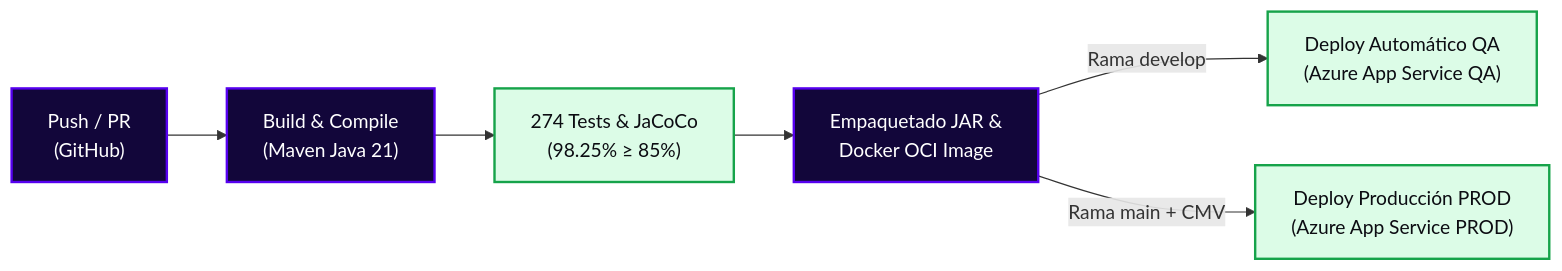
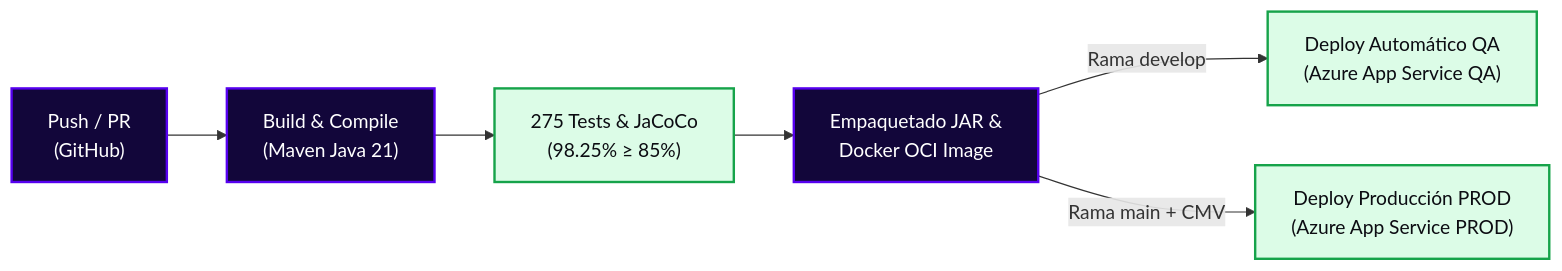
Before and after one commit to StyleRadar1/PT8080-Donations-Service: the diagram in docs/readmes/10-cicd-pipeline.md, drawn with Mermaid. The commit also changed other lines of this file and 7 other files, not shown here.

````diff
--- a/docs/readmes/10-cicd-pipeline.md
+++ b/docs/readmes/10-cicd-pipeline.md
@@ -16,14 +16,14 @@
 ```mermaid
 flowchart LR
     A["Push / PR<br>(GitHub)"] --> B["Build & Compile<br>(Maven Java 21)"]
-    B --> C["274 Tests & JaCoCo<br>(98.25% ≥ 85%)"]
+    B --> C["275 Tests & JaCoCo<br>(98.25% ≥ 85%)"]
     C --> D["Empaquetado JAR &<br>Docker OCI Image"]
     D -->|Rama develop| E["Deploy Automático QA<br>(Azure App Service QA)"]
     D -->|Rama main + CMV| F["Deploy Producción PROD<br>(Azure App Service PROD)"]
 
     classDef step fill:#12063A,stroke:#5600EF,stroke-width:2px,color:#FFFFFF;
     classDef pass fill:#DCFCE7,stroke:#16A34A,stroke-width:2px,color:#0C0C12;
 
     class A,B,D step;
     class C,E,F pass;
 ```
````
